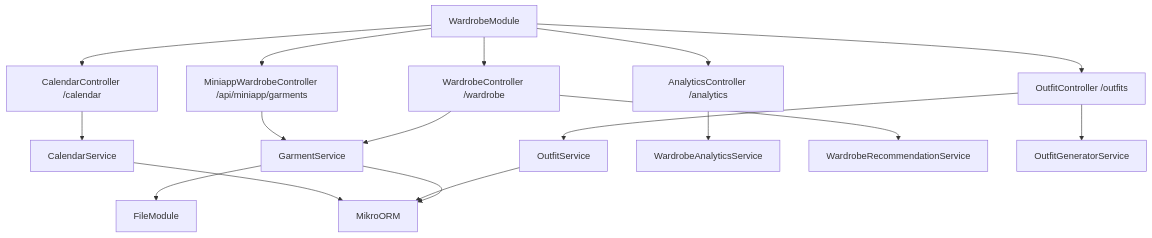
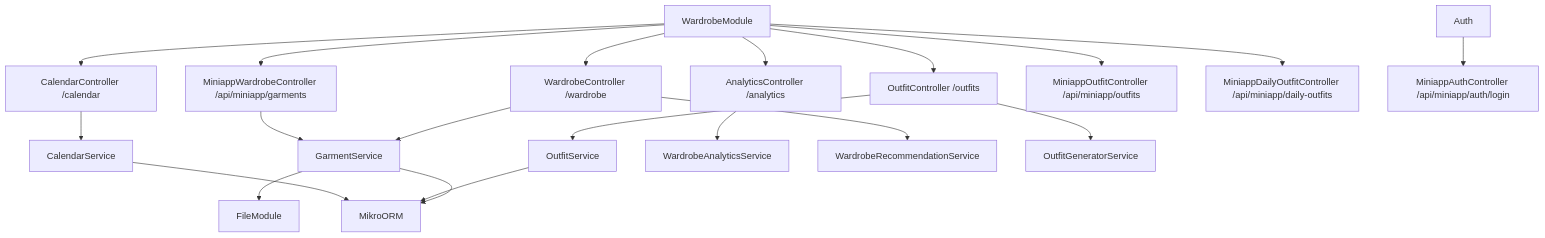
One commit to kunkunzi996/AI-wardrobe-libre-closet changed the second of 6 diagrams in docs/ARCHITECTURE_HANDOFF.md. Above: the diagram before and after it, drawn with Mermaid. The commit also changed other lines of this file and 16 other files, not shown here.

Commit message:
feat: add WeChat miniapp login isolation

````diff
--- a/docs/ARCHITECTURE_HANDOFF.md
+++ b/docs/ARCHITECTURE_HANDOFF.md
@@ -101,21 +103,24 @@
 ```mermaid
 flowchart TD
   WardrobeModule --> WardrobeController["WardrobeController /wardrobe"]
   WardrobeModule --> OutfitController["OutfitController /outfits"]
   WardrobeModule --> CalendarController["CalendarController /calendar"]
   WardrobeModule --> AnalyticsController["AnalyticsController /analytics"]
   WardrobeModule --> MiniappController["MiniappWardrobeController /api/miniapp/garments"]
+  WardrobeModule --> MiniappOutfit["MiniappOutfitController /api/miniapp/outfits"]
+  WardrobeModule --> MiniappDaily["MiniappDailyOutfitController /api/miniapp/daily-outfits"]
+  Auth --> MiniappAuth["MiniappAuthController /api/miniapp/auth/login"]
 
   WardrobeController --> GarmentService
   MiniappController --> GarmentService
   OutfitController --> OutfitService
   CalendarController --> CalendarService
   AnalyticsController --> WardrobeAnalyticsService
   WardrobeController --> WardrobeRecommendationService
   OutfitController --> OutfitGeneratorService
 
   GarmentService --> FileModule
   GarmentService --> MikroORM
   OutfitService --> MikroORM
   CalendarService --> MikroORM
 ```
````
